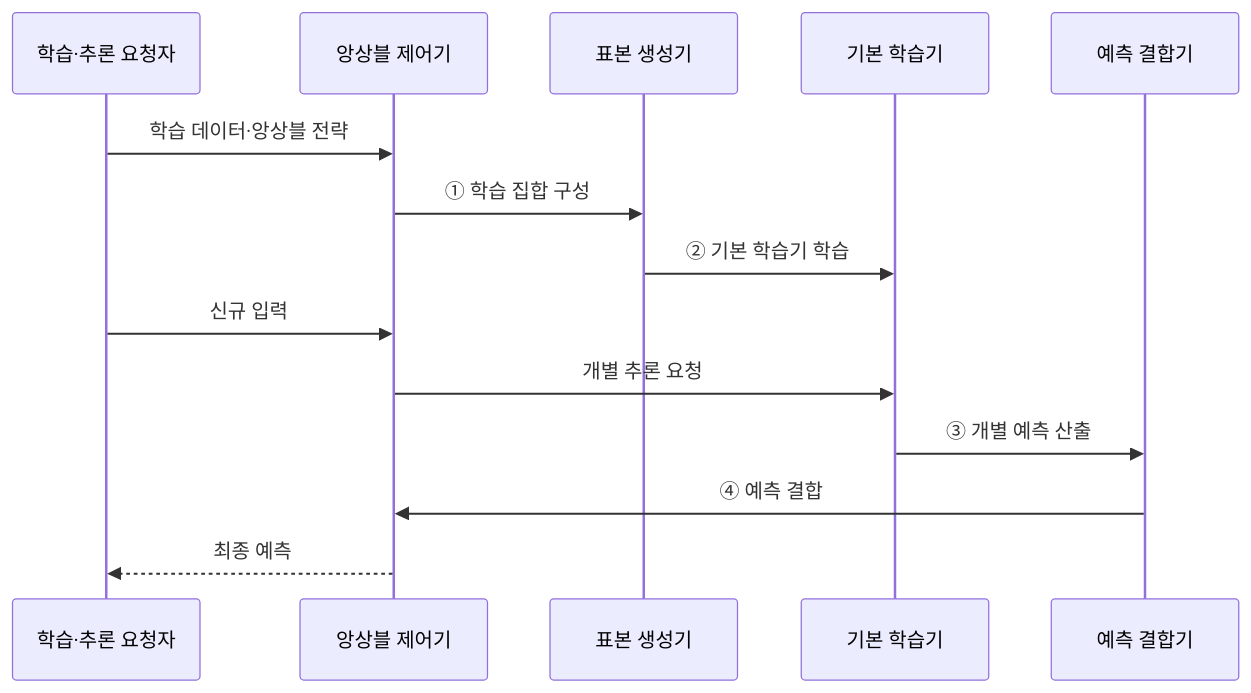
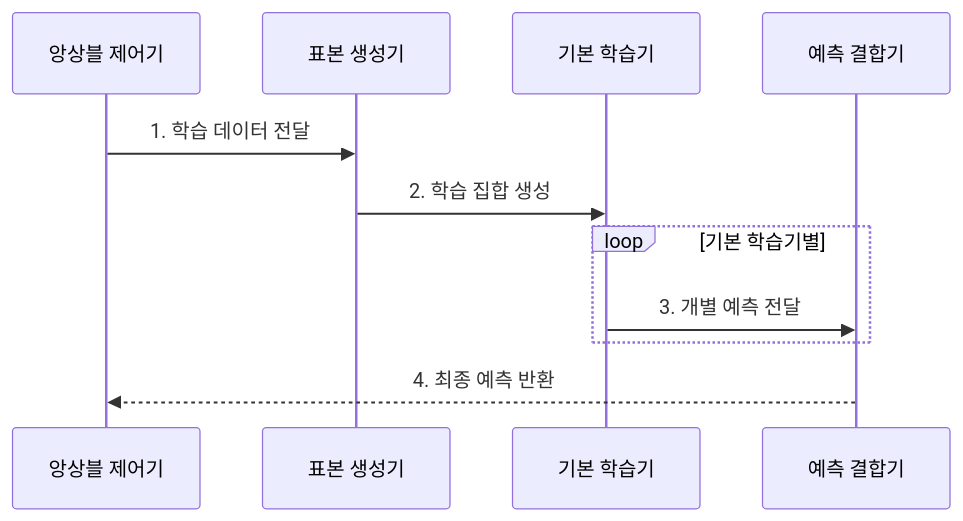
Before and after one commit to agnusdei1207/knowledge-base: the second of 2 diagrams in src/content/docs/notes/01-basic-theory/052_ensemble_learning.md, drawn with Mermaid. The commit also changed other lines of this file and 20 other files, not shown here.

````diff
--- a/src/content/docs/notes/01-basic-theory/052_ensemble_learning.md
+++ b/src/content/docs/notes/01-basic-theory/052_ensemble_learning.md
@@ -79,16 +79,13 @@
 ```mermaid
 sequenceDiagram
-    participant Q as 학습·추론 요청자
-    participant C as 앙상블 제어기
+    participant T as 앙상블 제어기
     participant S as 표본 생성기
     participant B as 기본 학습기
     participant A as 예측 결합기
-    Q->>C: 학습 데이터·앙상블 전략
-    C->>S: ① 학습 집합 구성
-    S->>B: ② 기본 학습기 학습
-    Q->>C: 신규 입력
-    C->>B: 개별 추론 요청
-    B->>A: ③ 개별 예측 산출
-    A->>C: ④ 예측 결합
-    C-->>Q: 최종 예측
+    T->>S: 1. 학습 데이터 전달
+    S->>B: 2. 학습 집합 생성
+    loop 기본 학습기별
+        B->>A: 3. 개별 예측 전달
+    end
+    A-->>T: 4. 최종 예측 반환
 ```
````
